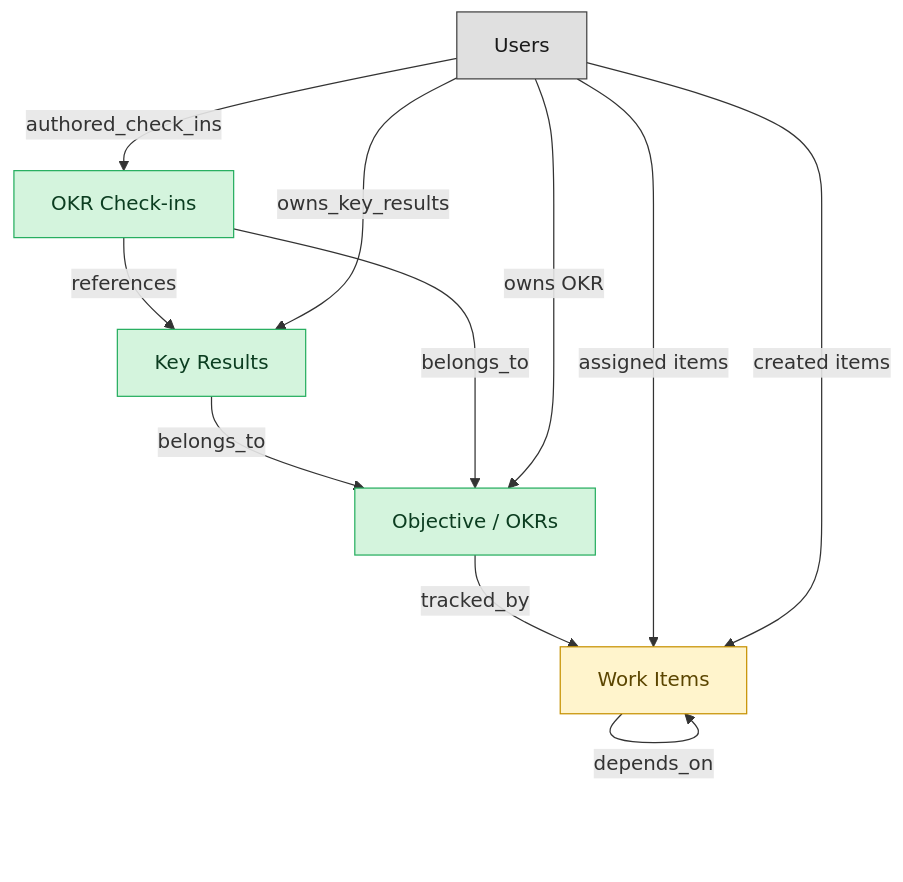
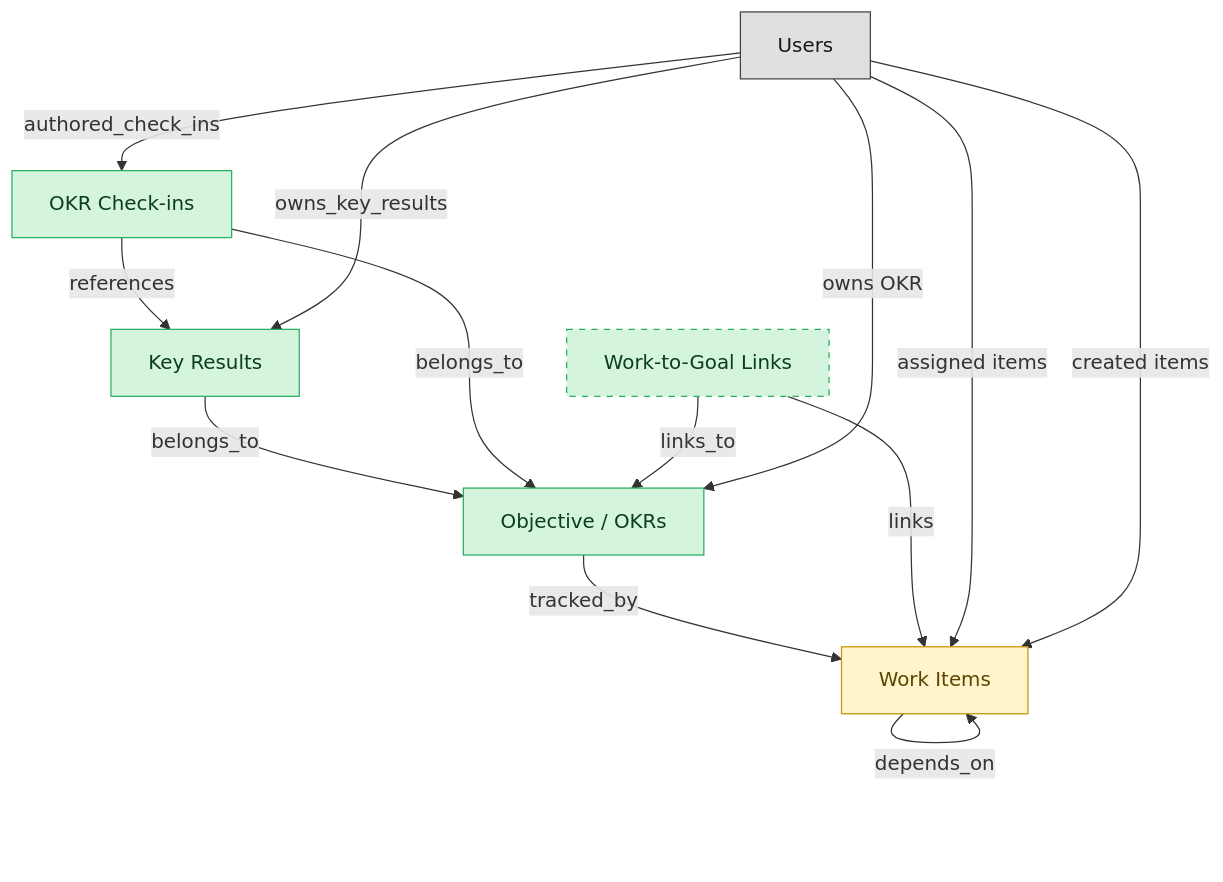
One commit to IntranetFactory/domain-map changed the diagram in catalog/blueprints/work-mgmt-goals-okr-semantic-blueprint.md. Above: the diagram before and after it, drawn with Mermaid. The commit also changed other lines of this file and 102 other files, not shown here.

````diff
--- a/catalog/blueprints/work-mgmt-goals-okr-semantic-blueprint.md
+++ b/catalog/blueprints/work-mgmt-goals-okr-semantic-blueprint.md
@@ -36,26 +37,31 @@
 ```mermaid
 flowchart TD
   classDef master fill:#d4f4dd,stroke:#27ae60,color:#0b3d20;
   classDef embedded_master fill:#fff4cc,stroke:#c79100,color:#5b4500;
   classDef platform_builtin fill:#e0e0e0,stroke:#424242,color:#1a1a1a;
   okr_objectives["Objective / OKRs"]
   work_items["Work Items"]
   okr_key_results["Key Results"]
   okr_check_ins["OKR Check-ins"]
+  work_goal_links["Work-to-Goal Links"]
   users["Users"]
   okr_key_results -->|"belongs_to"| okr_objectives
   okr_check_ins -->|"belongs_to"| okr_objectives
   okr_check_ins -->|"references"| okr_key_results
   work_items -->|"depends_on"| work_items
   okr_objectives -->|"tracked_by"| work_items
+  work_goal_links -->|"links"| work_items
+  work_goal_links -->|"links_to"| okr_objectives
   users -->|"owns_key_results"| okr_key_results
   users -->|"authored_check_ins"| okr_check_ins
   users -->|"assigned items"| work_items
   users -->|"created items"| work_items
   users -->|"owns OKR"| okr_objectives
   class okr_objectives master;
   class work_items embedded_master;
   class okr_key_results master;
   class okr_check_ins master;
+  class work_goal_links master;
   class users platform_builtin;
+  style work_goal_links stroke-dasharray:5 5;
 ```
````
